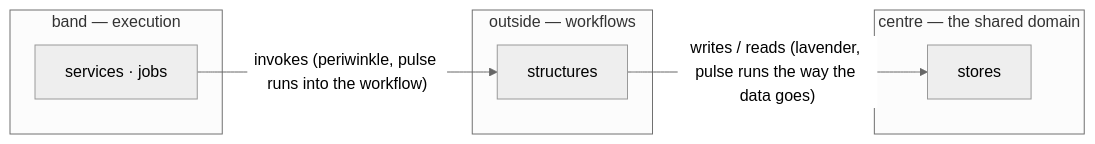
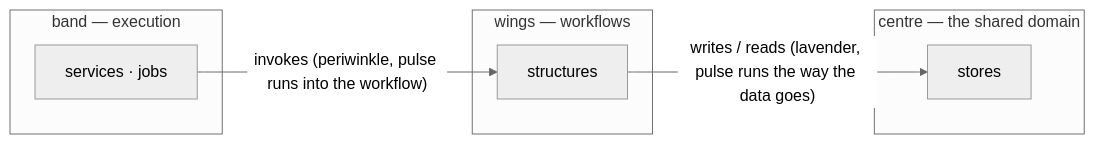
One commit to batman1m2001-cyber/operonx-studio changed the diagram in docs/NEURAL_FACTORY_PLAN.md. Above: the diagram before and after it, drawn with Mermaid (neutral theme). The commit also changed other lines of this file and 6 other files, not shown here.

````diff
--- a/docs/NEURAL_FACTORY_PLAN.md
+++ b/docs/NEURAL_FACTORY_PLAN.md
@@ -63,14 +65,14 @@
 ```mermaid
 flowchart LR
   subgraph centre["centre — the shared domain"]
     S[stores]
   end
   subgraph band["band — execution"]
     D[services · jobs]
   end
-  subgraph outside["outside — workflows"]
+  subgraph outside["wings — workflows"]
     W[structures]
   end
   D -- "invokes (periwinkle, pulse runs into the workflow)" --> W
   W -- "writes / reads (lavender, pulse runs the way the data goes)" --> S
 ```
````
